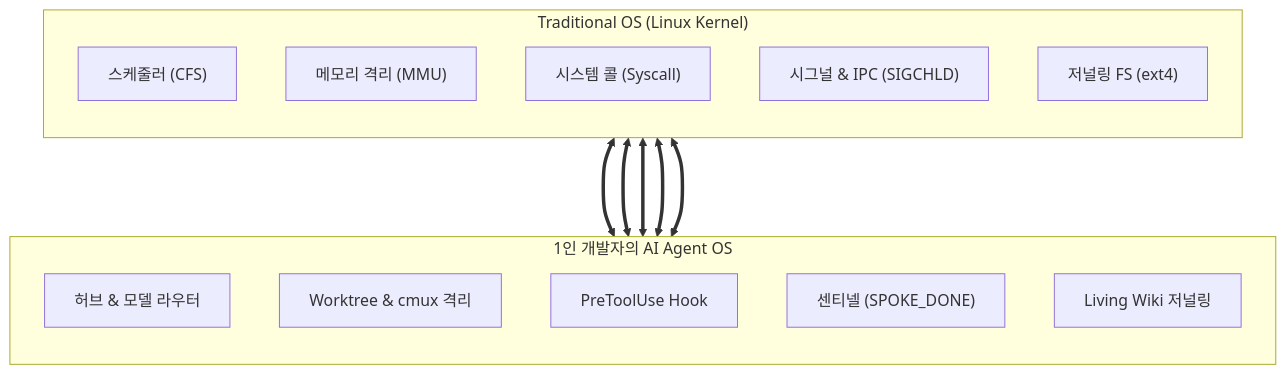
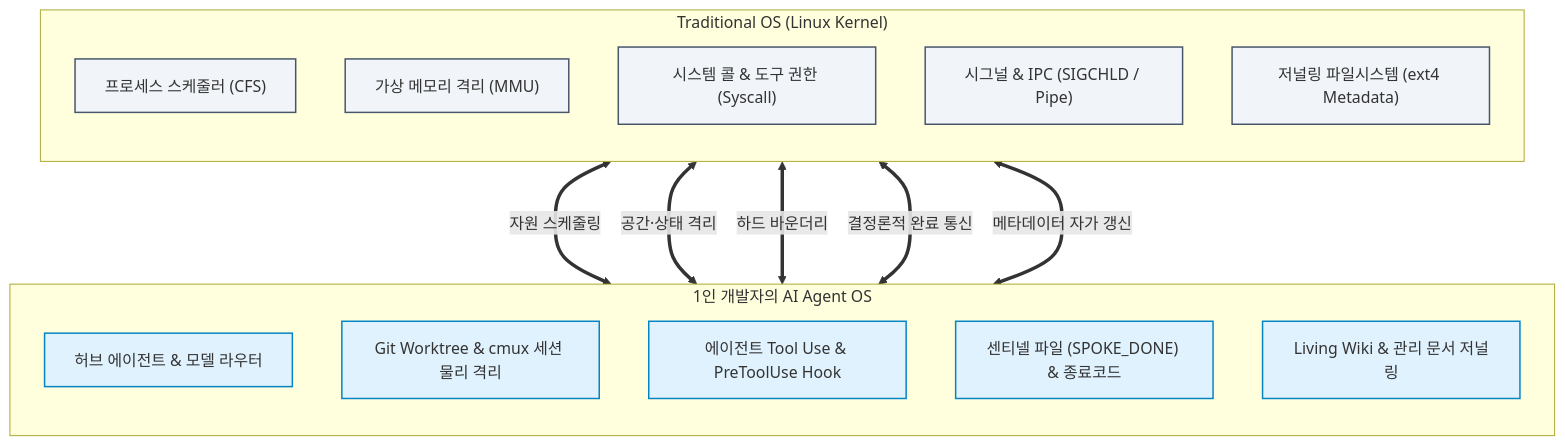
Before and after one commit to tomato-vault/tomato-vault.github.io: the diagram in _posts/tech/ai-agent-architecture/11 우리는 이미 각자의 운영체제를 짜고 있었다.md, drawn with Mermaid. The commit also changed 19 other files, not shown here.

First line of the commit message:
Refactor ontology engineering documentation with enhanced diagrams and clarity

````diff
--- a/_posts/tech/ai-agent-architecture/11 우리는 이미 각자의 운영체제를 짜고 있었다.md
+++ b/_posts/tech/ai-agent-architecture/11 우리는 이미 각자의 운영체제를 짜고 있었다.md
@@ -45,26 +45,32 @@
 ```mermaid
 flowchart TB
     subgraph KERNEL ["Traditional OS (Linux Kernel)"]
         direction TB
-        K1["스케줄러 (CFS)"]
-        K2["메모리 격리 (MMU)"]
-        K3["시스템 콜 (Syscall)"]
-        K4["시그널 & IPC (SIGCHLD)"]
-        K5["저널링 FS (ext4)"]
+        K1["프로세스 스케줄러 (CFS)"]
+        K2["가상 메모리 격리 (MMU)"]
+        K3["시스템 콜 & 도구 권한 (Syscall)"]
+        K4["시그널 & IPC (SIGCHLD / Pipe)"]
+        K5["저널링 파일시스템 (ext4 Metadata)"]
     end
 
     subgraph AGENT_OS ["1인 개발자의 AI Agent OS"]
         direction TB
-        A1["허브 & 모델 라우터"]
-        A2["Worktree & cmux 격리"]
-        A3["PreToolUse Hook"]
-        A4["센티넬 (SPOKE_DONE)"]
-        A5["Living Wiki 저널링"]
+        A1["허브 에이전트 & 모델 라우터"]
+        A2["Git Worktree & cmux 세션 물리 격리"]
+        A3["에이전트 Tool Use & PreToolUse Hook"]
+        A4["센티넬 파일 (SPOKE_DONE) & 종료코드"]
+        A5["Living Wiki & 관리 문서 저널링"]
     end
 
-    K1 <===> A1
-    K2 <===> A2
-    K3 <===> A3
-    K4 <===> A4
-    K5 <===> A5
+    K1 <===>|"자원 스케줄링"| A1
+    K2 <===>|"공간·상태 격리"| A2
+    K3 <===>|"하드 바운더리"| A3
+    K4 <===>|"결정론적 완료 통신"| A4
+    K5 <===>|"메타데이터 자가 갱신"| A5
+
+    classDef kernelStyle fill:#f1f5f9,stroke:#475569,stroke-width:1.5px
+    classDef agentStyle fill:#e0f2fe,stroke:#0284c7,stroke-width:1.5px
+
+    class K1,K2,K3,K4,K5 kernelStyle
+    class A1,A2,A3,A4,A5 agentStyle
 ```
````
